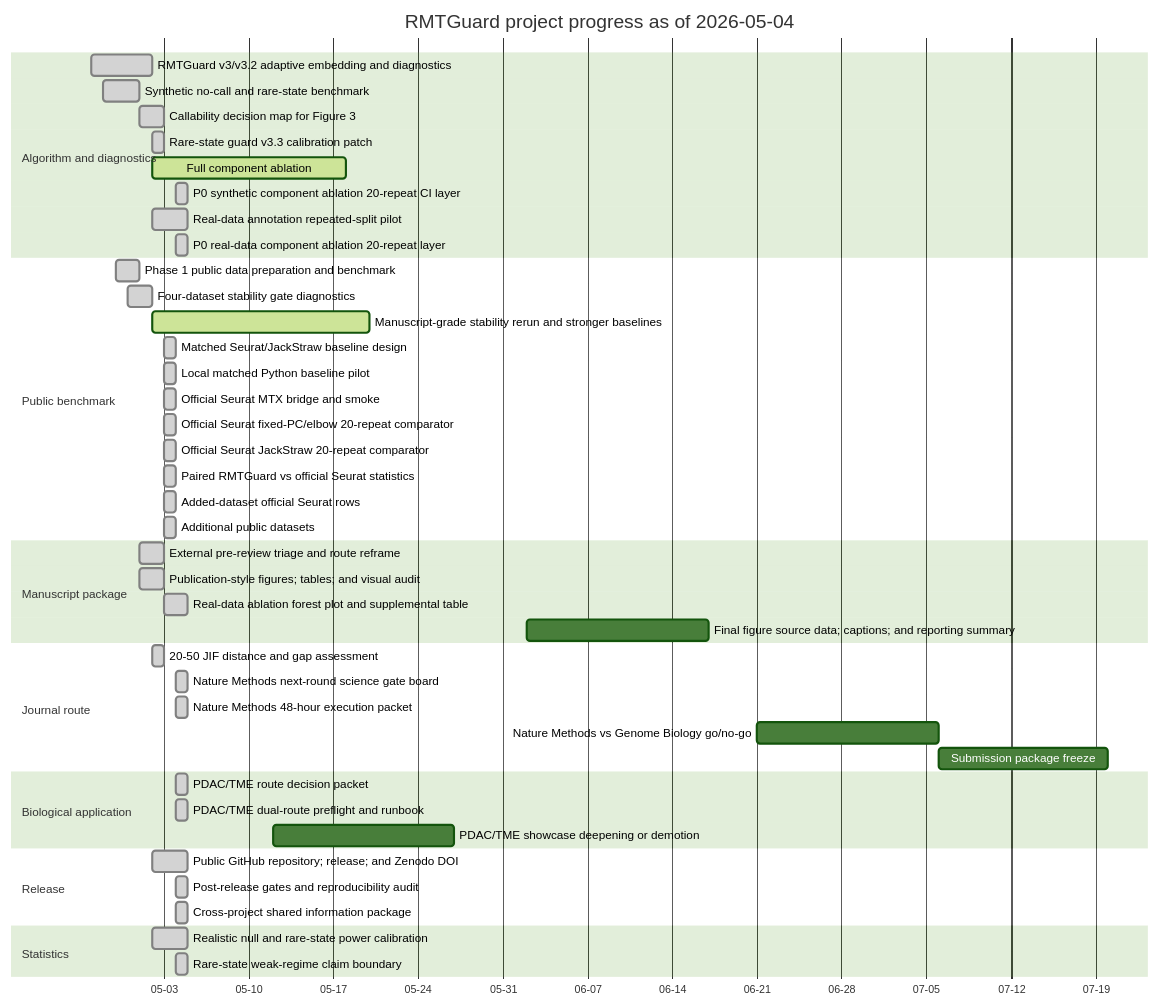
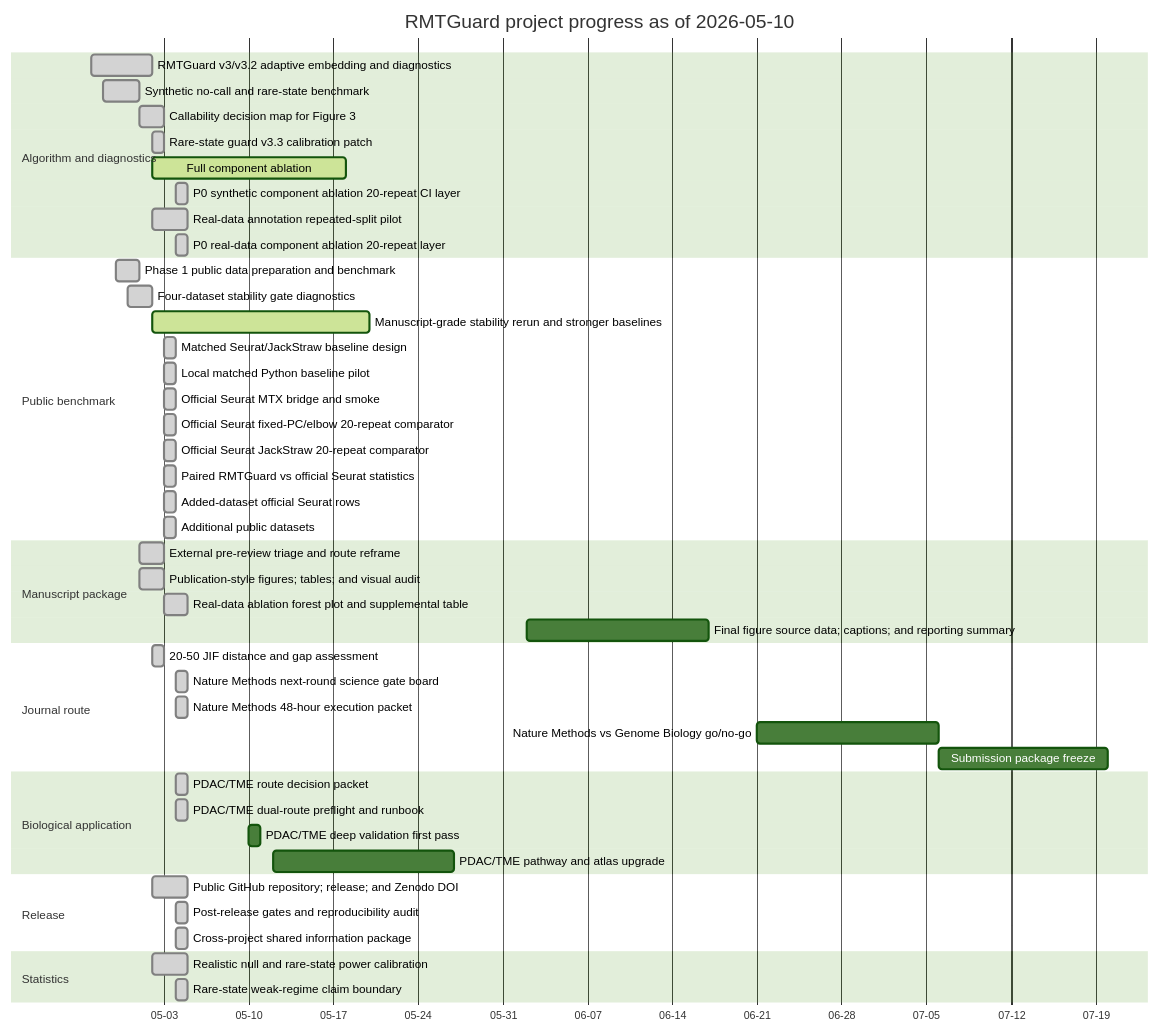
One commit to healthgreat/rmtguard changed the diagram in results/project_management/rmtguard_project_gantt.md. Above: the diagram before and after it, drawn with Mermaid (forest theme). The commit also changed other lines of this file and 32 other files, not shown here.

Commit message:
Add PDAC TME deep validation layer

````diff
--- a/results/project_management/rmtguard_project_gantt.md
+++ b/results/project_management/rmtguard_project_gantt.md
@@ -13,49 +13,50 @@
 ```mermaid
 gantt
-    title RMTGuard project progress as of 2026-05-04
+    title RMTGuard project progress as of 2026-05-10
     dateFormat  YYYY-MM-DD
     axisFormat  %m-%d
     section Algorithm and diagnostics
     RMTGuard v3/v3.2 adaptive embedding and diagnostics :done, T01, 2026-04-27, 5d
     Synthetic no-call and rare-state benchmark :done, T02, 2026-04-28, 3d
     Callability decision map for Figure 3 :done, T03, 2026-05-01, 2d
     Rare-state guard v3.3 calibration patch :done, T04, 2026-05-02, 1d
     Full component ablation :active, T18, 2026-05-02, 16d
     P0 synthetic component ablation 20-repeat CI layer :done, T19, 2026-05-04, 1d
     Real-data annotation repeated-split pilot :done, T20, 2026-05-02, 3d
     P0 real-data component ablation 20-repeat layer :done, T21, 2026-05-04, 1d
     section Public benchmark
     Phase 1 public data preparation and benchmark :done, T05, 2026-04-29, 2d
     Four-dataset stability gate diagnostics :done, T06, 2026-04-30, 2d
     Manuscript-grade stability rerun and stronger baselines :active, T17, 2026-05-02, 18d
     Matched Seurat/JackStraw baseline design :done, T23, 2026-05-03, 1d
     Local matched Python baseline pilot :done, T24, 2026-05-03, 1d
     Official Seurat MTX bridge and smoke :done, T25, 2026-05-03, 1d
     Official Seurat fixed-PC/elbow 20-repeat comparator :done, T26, 2026-05-03, 1d
     Official Seurat JackStraw 20-repeat comparator :done, T27, 2026-05-03, 1d
     Paired RMTGuard vs official Seurat statistics :done, T28, 2026-05-03, 1d
     Added-dataset official Seurat rows :done, T29, 2026-05-03, 1d
-    Additional public datasets :done, T31, 2026-05-03, 1d
+    Additional public datasets :done, T32, 2026-05-03, 1d
     section Manuscript package
     External pre-review triage and route reframe :done, T07, 2026-05-01, 2d
     Publication-style figures; tables; and visual audit :done, T08, 2026-05-01, 2d
     Real-data ablation forest plot and supplemental table :done, T22, 2026-05-03, 2d
-    Final figure source data; captions; and reporting summary :T32, 2026-06-02, 15d
+    Final figure source data; captions; and reporting summary :T33, 2026-06-02, 15d
     section Journal route
     20-50 JIF distance and gap assessment :done, T09, 2026-05-02, 1d
     Nature Methods next-round science gate board :done, T10, 2026-05-04, 1d
     Nature Methods 48-hour execution packet :done, T11, 2026-05-04, 1d
-    Nature Methods vs Genome Biology go/no-go :T35, 2026-06-21, 15d
-    Submission package freeze :T36, 2026-07-06, 14d
+    Nature Methods vs Genome Biology go/no-go :T36, 2026-06-21, 15d
+    Submission package freeze :T37, 2026-07-06, 14d
     section Biological application
     PDAC/TME route decision packet :done, T12, 2026-05-04, 1d
     PDAC/TME dual-route preflight and runbook :done, T13, 2026-05-04, 1d
-    PDAC/TME showcase deepening or demotion :T30, 2026-05-12, 15d
+    PDAC/TME deep validation first pass :T30, 2026-05-10, 1d
+    PDAC/TME pathway and atlas upgrade :T31, 2026-05-12, 15d
     section Release
     Public GitHub repository; release; and Zenodo DOI :done, T14, 2026-05-02, 3d
-    Post-release gates and reproducibility audit :done, T33, 2026-05-04, 1d
-    Cross-project shared information package :done, T34, 2026-05-04, 1d
+    Post-release gates and reproducibility audit :done, T34, 2026-05-04, 1d
+    Cross-project shared information package :done, T35, 2026-05-04, 1d
     section Statistics
     Realistic null and rare-state power calibration :done, T15, 2026-05-02, 3d
     Rare-state weak-regime claim boundary :done, T16, 2026-05-04, 1d
 ```
````
